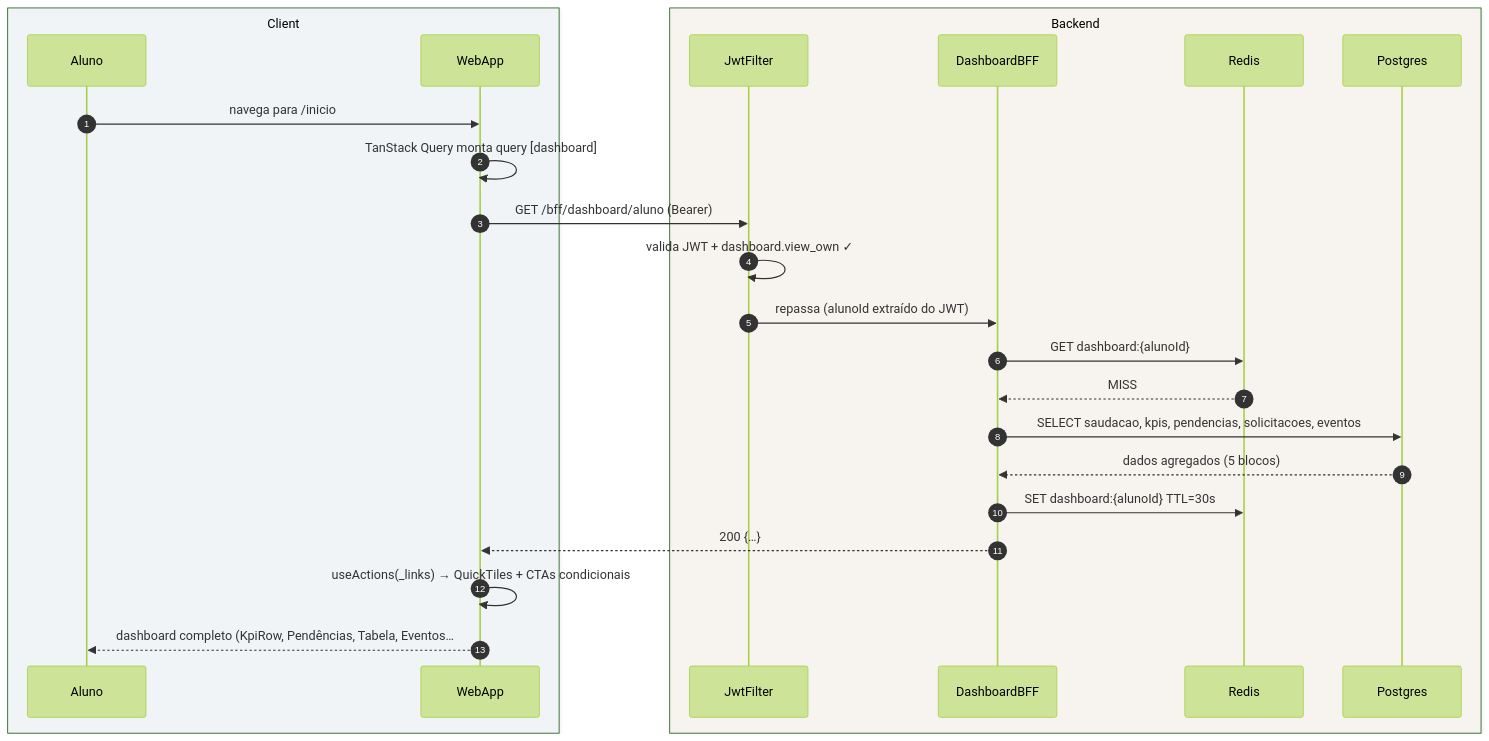
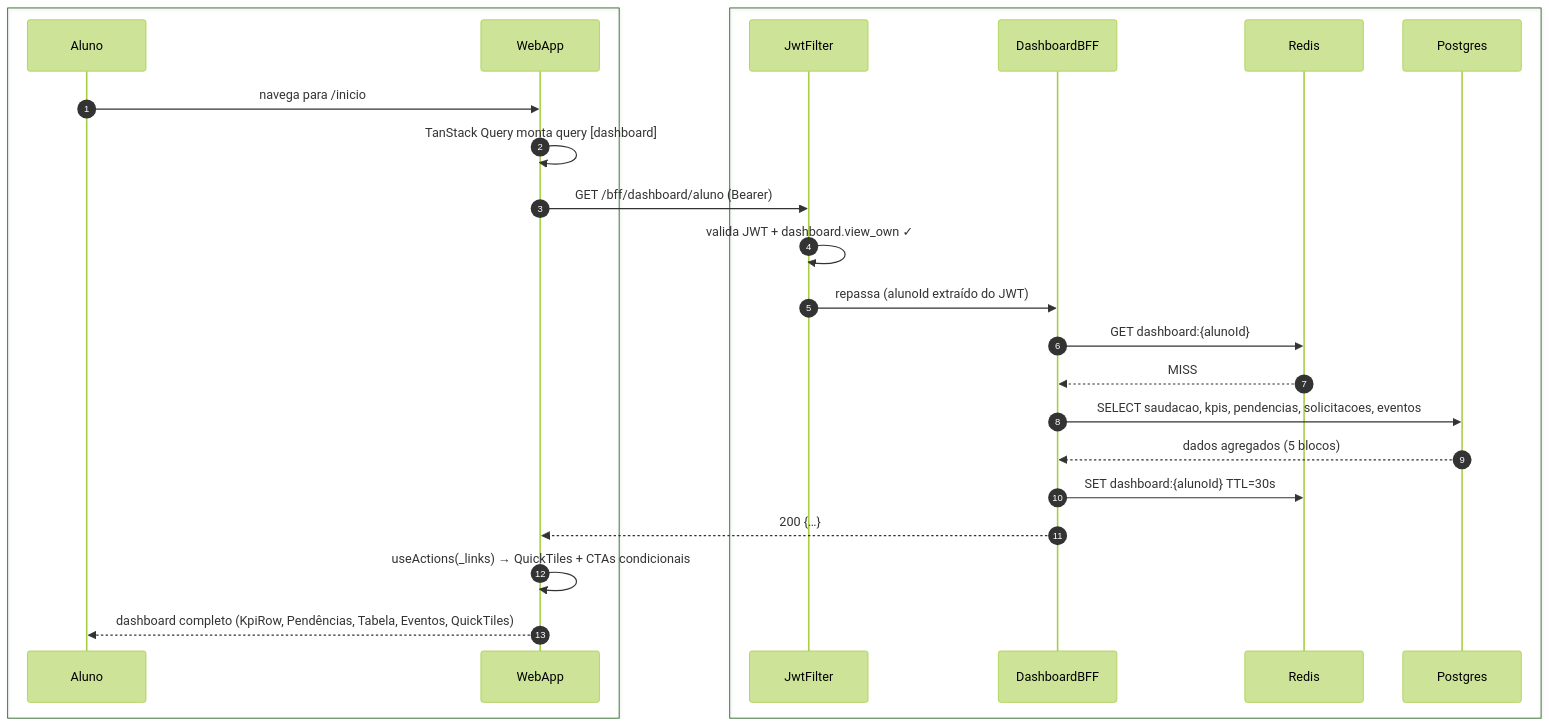
Before and after one commit to umishell/secretariaOnline2: the first of 4 diagrams in foundationDocs/sequenceDiagrams/F1 — Aluno/US-F1-001-DASHBOARD.md, drawn with Mermaid (forest theme). The commit also changed other lines of this file and 70 other files, not shown here.

First line of the commit message:
Enhance database documentation and introduce new schema files

````diff
--- a/foundationDocs/sequenceDiagrams/F1 — Aluno/US-F1-001-DASHBOARD.md
+++ b/foundationDocs/sequenceDiagrams/F1 — Aluno/US-F1-001-DASHBOARD.md
@@ -60,28 +60,28 @@
 ```mermaid
 sequenceDiagram
     autonumber
-    box rgba(230,245,255,0.3) Client
+    box #e8f4fc Cliente
         participant Aluno
         participant WebApp
     end
-    box rgba(255,245,230,0.3) Backend
+    box #fff8ee Servidor
         participant JwtFilter
         participant DashboardBFF
         participant Redis
         participant Postgres
     end
 
     Aluno->>WebApp: navega para /inicio
     WebApp->>WebApp: TanStack Query monta query [dashboard]
     WebApp->>JwtFilter: GET /bff/dashboard/aluno (Bearer)
     JwtFilter->>JwtFilter: valida JWT + dashboard.view_own ✓
     JwtFilter->>DashboardBFF: repassa (alunoId extraído do JWT)
     DashboardBFF->>Redis: GET dashboard:{alunoId}
     Redis-->>DashboardBFF: MISS
     DashboardBFF->>Postgres: SELECT saudacao, kpis, pendencias, solicitacoes, eventos
     Postgres-->>DashboardBFF: dados agregados (5 blocos)
     DashboardBFF->>Redis: SET dashboard:{alunoId} TTL=30s
     DashboardBFF-->>WebApp: 200 {…}
     WebApp->>WebApp: useActions(_links) → QuickTiles + CTAs condicionais
-    WebApp-->>Aluno: dashboard completo (KpiRow, Pendências, Tabela, Eventos…
+    WebApp-->>Aluno: dashboard completo (KpiRow, Pendências, Tabela, Eventos, QuickTiles)
 ```
````
